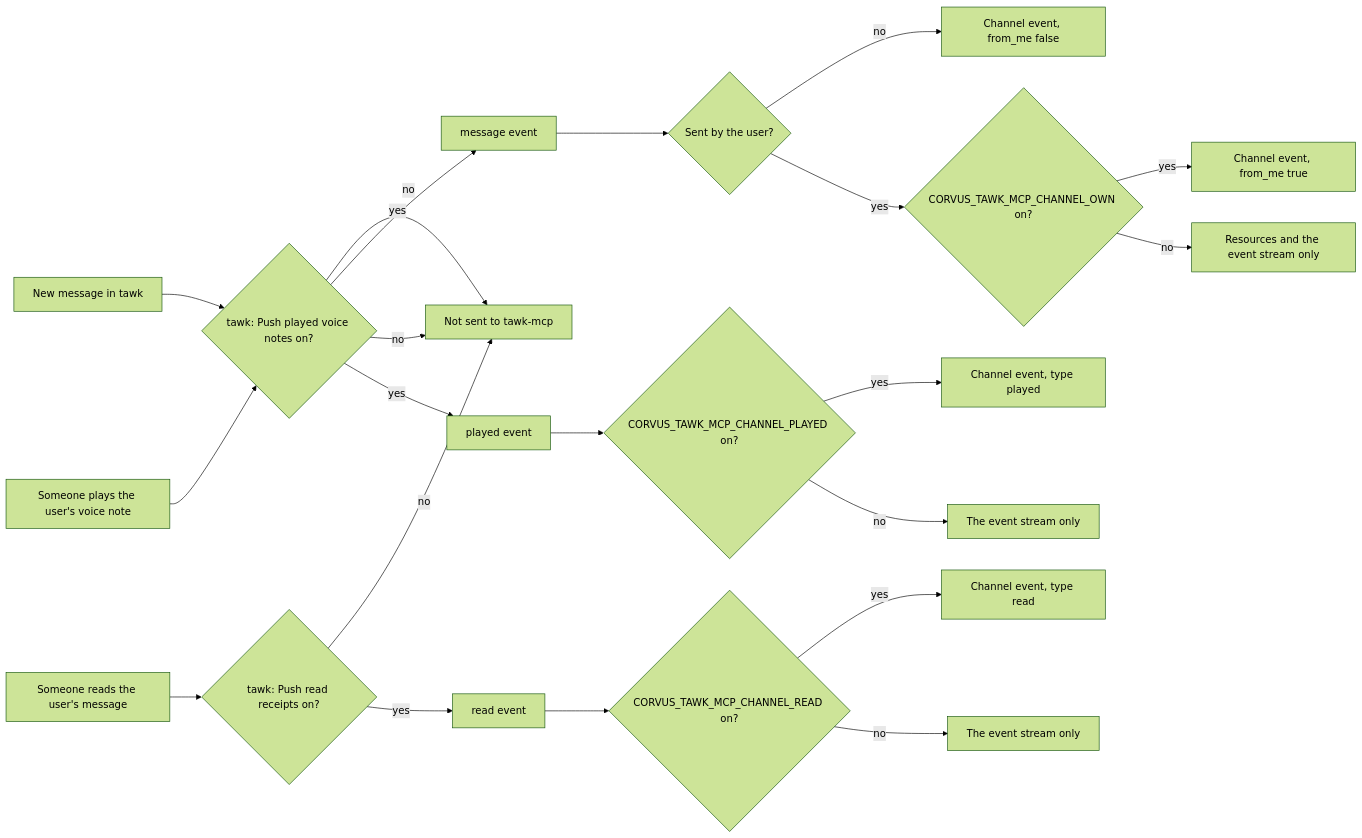
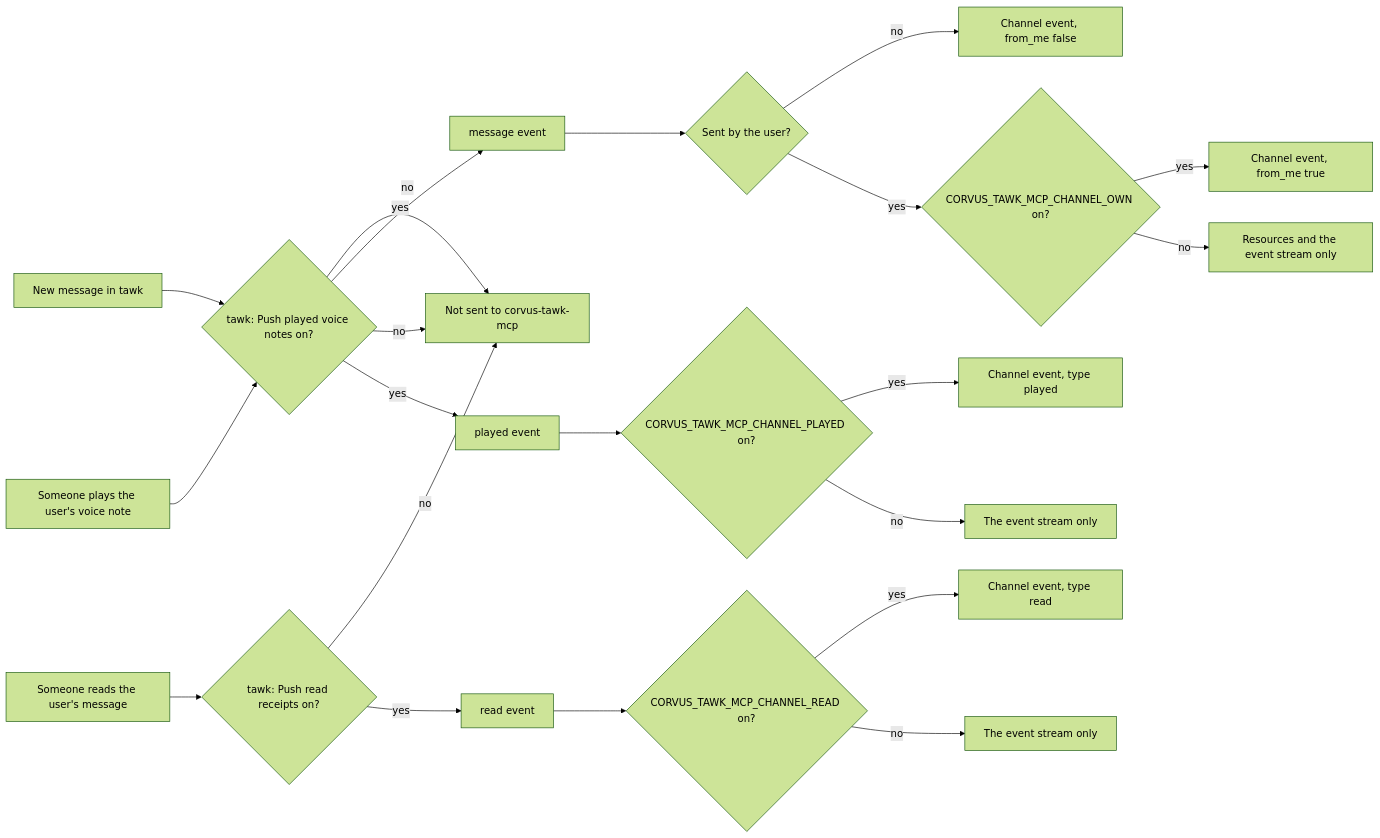
The seventh of 14 diagrams in HOW_IT_WORKS.md (loganventer/Corvus.Mcp.Server.Tawk), drawn with Mermaid (forest theme) before and after one commit. The commit also changed other lines of this file and 15 other files, not shown here.

````diff
--- a/HOW_IT_WORKS.md
+++ b/HOW_IT_WORKS.md
@@ -226,23 +226,23 @@
 ```mermaid
 flowchart LR
     MSG["New message in tawk"] --> TP{"tawk: push switch on<br/>for this kind?"}
-    TP -- no --> NONE["Not sent to tawk-mcp"]
+    TP -- no --> NONE["Not sent to corvus-tawk-mcp"]
     TP -- yes --> EVT["message event"]
     EVT --> OWN{"Sent by the user?"}
     OWN -- no --> CH["Channel event, from_me false"]
     OWN -- yes --> OPT{"CORVUS_TAWK_MCP_CHANNEL_OWN on?"}
     OPT -- yes --> CH2["Channel event, from_me true"]
     OPT -- no --> KEEP["Resources and the event stream only"]
     RD["Someone reads the user's message"] --> TR{"tawk: Push read receipts on?"}
     TR -- no --> NONE
     TR -- yes --> REVT["read event"]
     REVT --> ROPT{"CORVUS_TAWK_MCP_CHANNEL_READ on?"}
     ROPT -- yes --> CH3["Channel event, type read"]
     ROPT -- no --> KEEP2["The event stream only"]
     PL["Someone plays the user's voice note"] --> TP{"tawk: Push played voice notes on?"}
     TP -- no --> NONE
     TP -- yes --> PEVT["played event"]
     PEVT --> POPT{"CORVUS_TAWK_MCP_CHANNEL_PLAYED on?"}
     POPT -- yes --> CH4["Channel event, type played"]
     POPT -- no --> KEEP3["The event stream only"]
 ```
````
